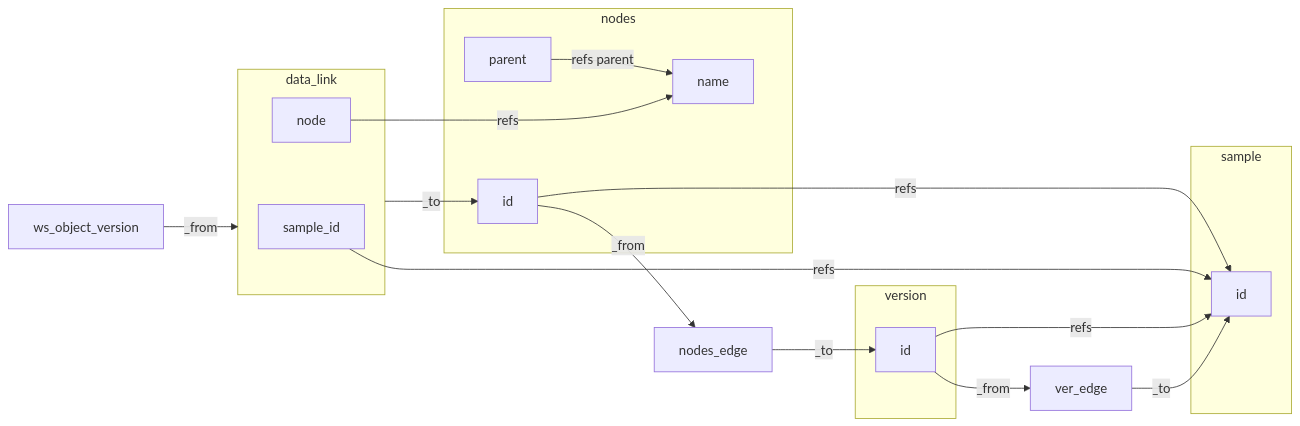
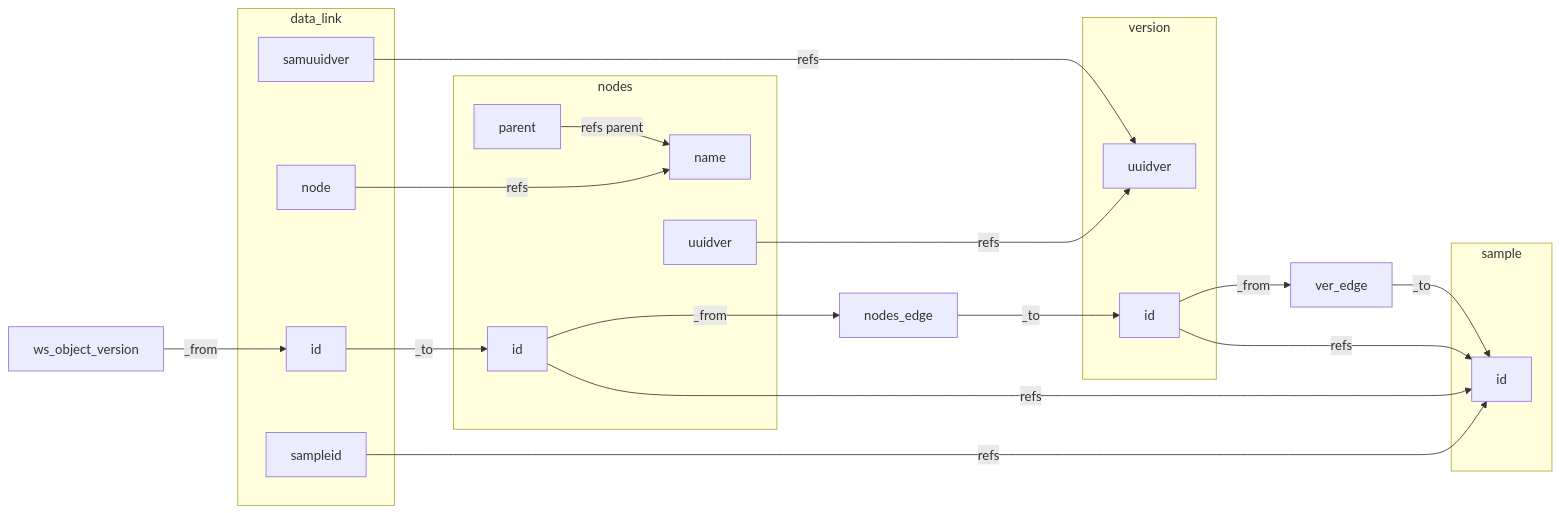
One commit to sashianl/sample_service changed the diagram in docs/design/arango_db.md. Above: the diagram before and after it, drawn with Mermaid.

````diff
--- a/docs/design/arango_db.md
+++ b/docs/design/arango_db.md
@@ -1,33 +1,38 @@
 ```mermaid
 flowchart LR
     
     subgraph sample
       id_sample[id]
     end
-      
+    
+    sampleid_data_link -- refs --> id_sample
+    node_data_link -- refs ---> name_node
+    uuidver_node -- refs --> uuidver_version
+    samuuidver_data_link -- refs --> uuidver_version
+    subgraph data_link
+      id_data_link[id]
+      node_data_link[node]
+      sampleid_data_link[sampleid]
+      samuuidver_data_link[samuuidver]
+    end
+    
     id_node -- refs --> id_sample
     parent_node -- refs parent --> name_node
     subgraph nodes
       id_node[id]
       name_node[name]
       parent_node[parent]
-    end
-    
-    sampleid_data_link -- refs --> id_sample
-    ws_object_version -- _from --> data_link -- _to --> id_node
-    node_data_link -- refs ---> name_node
-    subgraph data_link
-      node_data_link[node]
-      sampleid_data_link[sample_id]
+      uuidver_node[uuidver]
     end
     
     id_version -- refs --> id_sample
     subgraph version
       id_version[id]
+      uuidver_version[uuidver]
     end 
    
+    ws_object_version -- _from --> id_data_link -- _to --> id_node
+    id_node -- _from ---> nodes_edge -- _to ---> id_version
+    id_version -- _from --> ver_edge -- _to --> id_sample
     
-    id_node -- _from --> nodes_edge -- _to --> id_version
-    id_version -- _from --> ver_edge -- _to --> id_sample
-        
 ```
````
